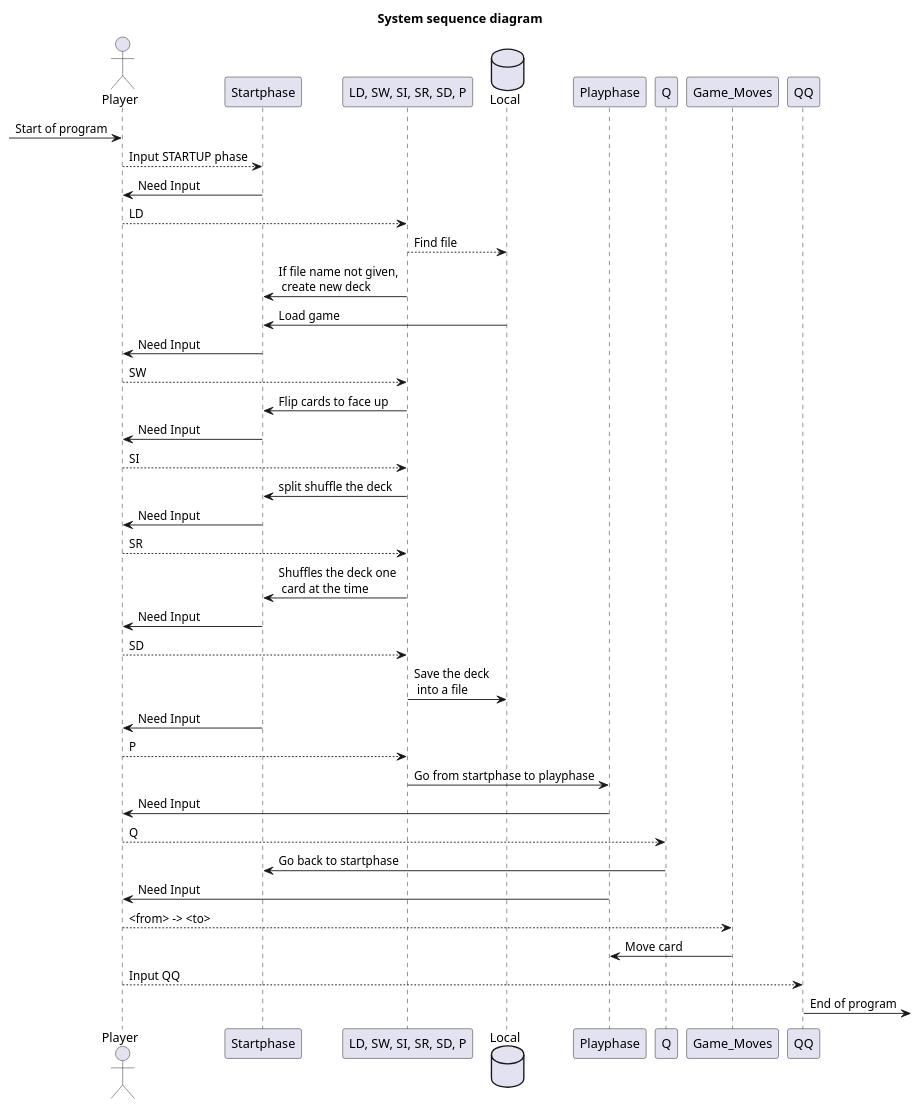
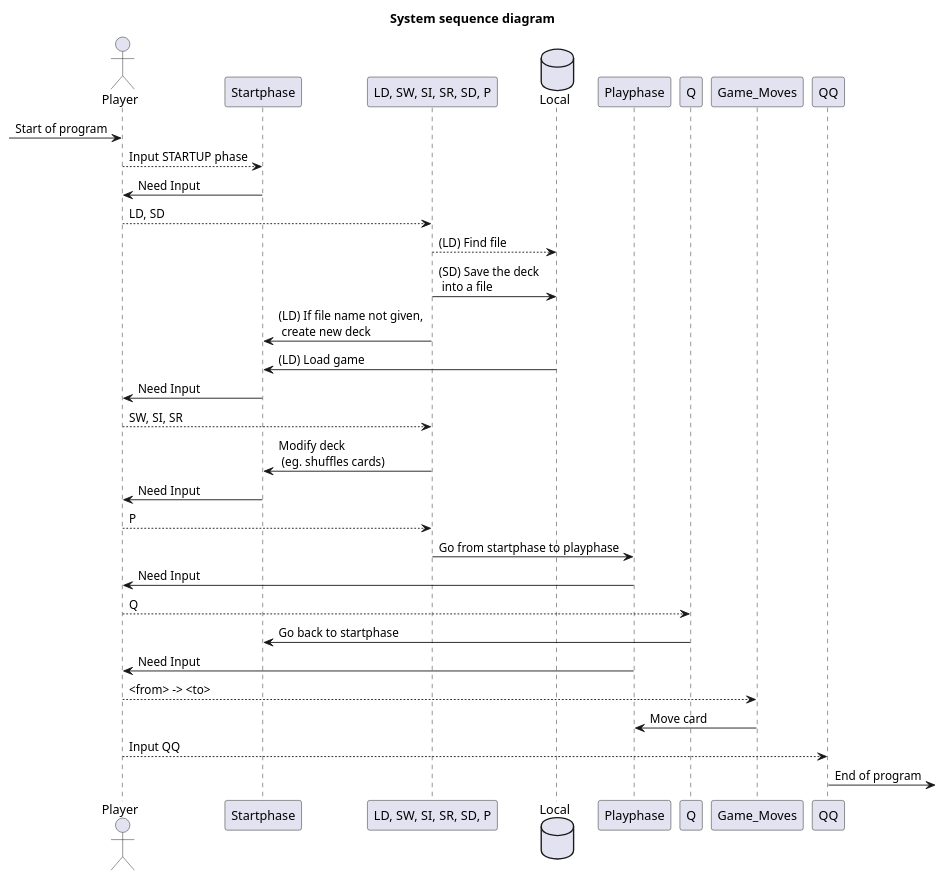
Before and after one commit to Maximillian-bm/machineProg2: the diagram in Diagram.puml, drawn with PlantUML. The commit also changed 2 other files, not shown here.

Commit message:
updated sequence diagram

```diff
--- a/Diagram.puml
+++ b/Diagram.puml
@@ -1,42 +1,34 @@
 @startuml
 title System sequence diagram
 actor Player
 participant Startphase
 participant "LD, SW, SI, SR, SD, P" as commands
 database Local
 participant Playphase
 participant Q
 participant Game_Moves
 participant QQ
 
 -> Player: Start of program
 Player --> Startphase: Input STARTUP phase
 Player <- Startphase: Need Input
-Player --> commands: LD
-commands --> Local: Find file
-Startphase <- commands: If file name not given, \n create new deck
-Startphase <- Local: Load game
+Player --> commands: LD, SD
+commands --> Local: (LD) Find file
+commands -> Local: (SD) Save the deck \n into a file
+Startphase <- commands: (LD) If file name not given, \n create new deck
+Startphase <- Local: (LD) Load game
 Player <- Startphase: Need Input
-Player --> commands: SW
-Startphase <- commands: Flip cards to face up
-Player <- Startphase: Need Input
-Player --> commands: SI
-Startphase <- commands: split shuffle the deck
-Player <- Startphase: Need Input
-Player --> commands: SR
-Startphase <- commands: Shuffles the deck one \n card at the time
-Player <- Startphase: Need Input
-Player --> commands: SD
-commands -> Local: Save the deck \n into a file
+Player --> commands: SW, SI, SR
+Startphase <- commands: Modify deck\n (eg. shuffles cards)
 Player <- Startphase: Need Input
 Player --> commands: P
 commands -> Playphase: Go from startphase to playphase
 Player <- Playphase: Need Input
 Player --> Q: Q
 Startphase <- Q: Go back to startphase
 Player <- Playphase: Need Input
 Player --> Game_Moves: <from> -> <to>
 Playphase <- Game_Moves: Move card
 Player --> QQ: Input QQ
 QQ ->: End of program
 @enduml
```
